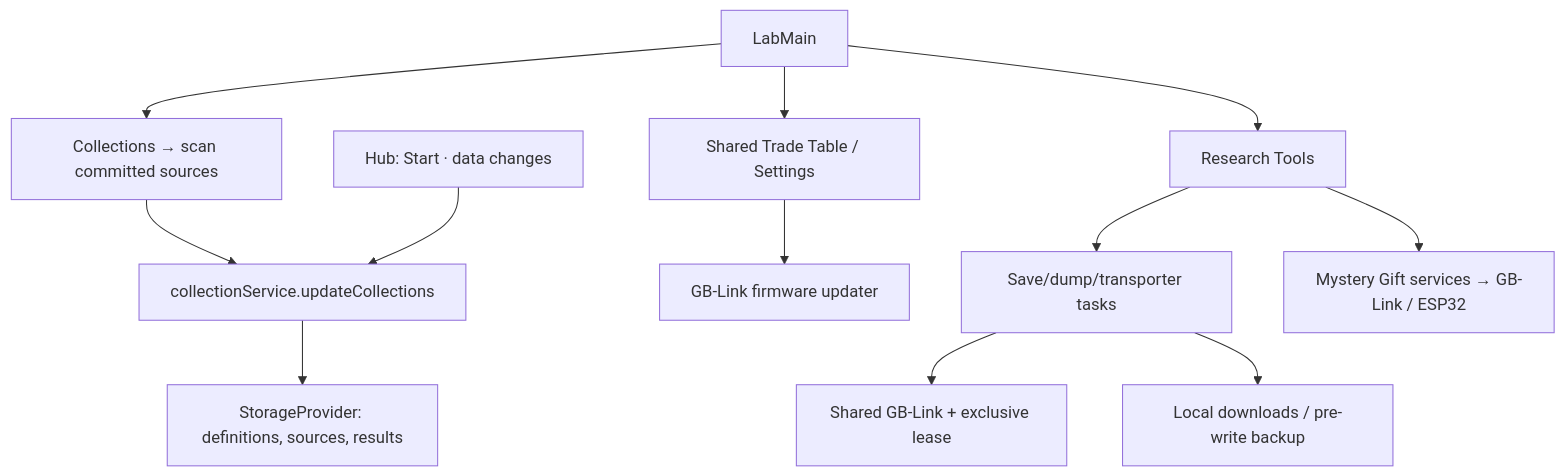
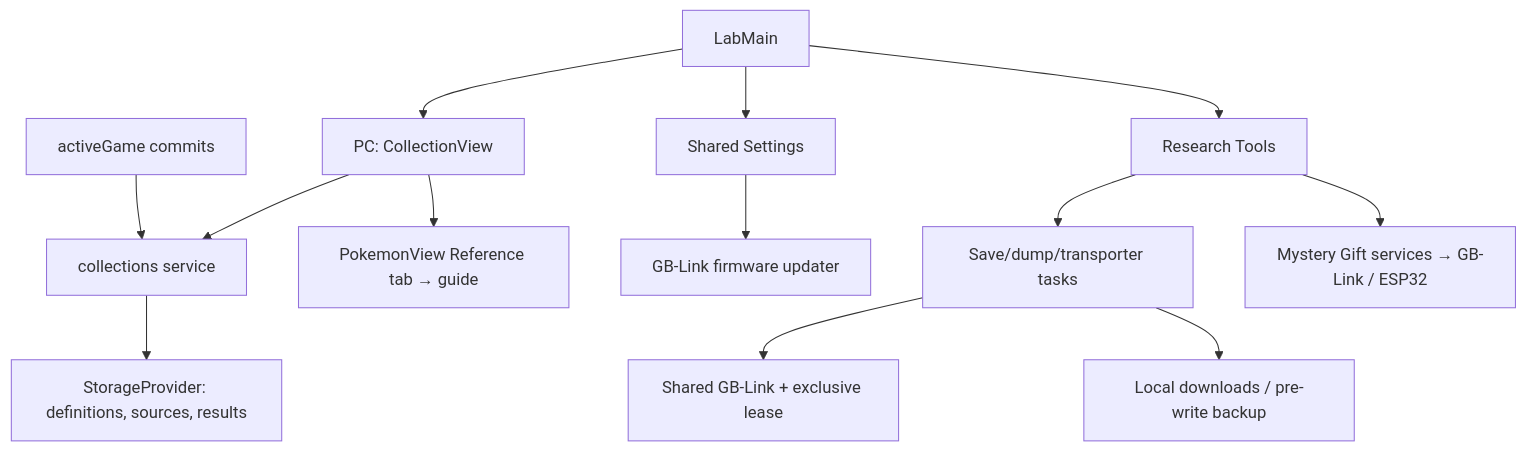
Before and after one commit to MercuryEnigma/pkcamp: the diagram in src/pages/pokestorage/lab/ARCHITECTURE.md, drawn with Mermaid. The commit also changed other lines of this file and 145 other files, not shown here.

````diff
--- a/src/pages/pokestorage/lab/ARCHITECTURE.md
+++ b/src/pages/pokestorage/lab/ARCHITECTURE.md
@@ -24,14 +24,15 @@
 ```mermaid
 flowchart TB
-  Lab["LabMain"] --> Collections["Collections → scan committed sources"]
-  Collections --> Service["collectionService.updateCollections"]
-  Hub["Hub: Start · data changes"] --> Service
+  Lab["LabMain"] --> PC["PC: CollectionView"]
+  PC --> Service["collections service"]
+  Active["activeGame commits"] --> Service
   Service --> Storage["StorageProvider: definitions, sources, results"]
-  Lab --> Shared["Shared Trade Table / Settings"]
+  PC --> Guide["PokemonView Reference tab → guide"]
+  Lab --> Shared["Shared Settings"]
   Shared --> Firmware["GB-Link firmware updater"]
   Lab --> Tools["Research Tools"]
   Tools --> Tasks["Save/dump/transporter tasks"]
   Tasks --> Device["Shared GB-Link + exclusive lease"]
   Tasks --> Local["Local downloads / pre-write backup"]
   Tools --> Gifts["Mystery Gift services → GB-Link / ESP32"]
 ```
````
